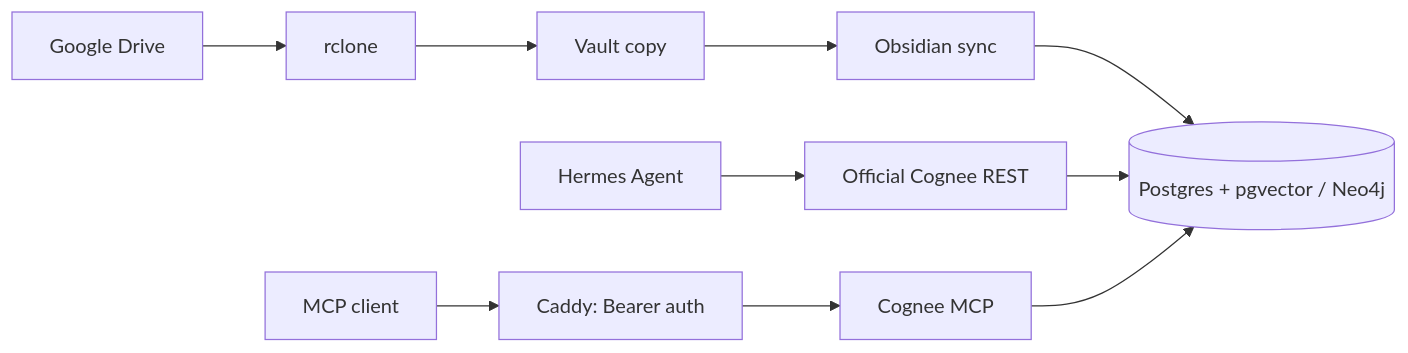
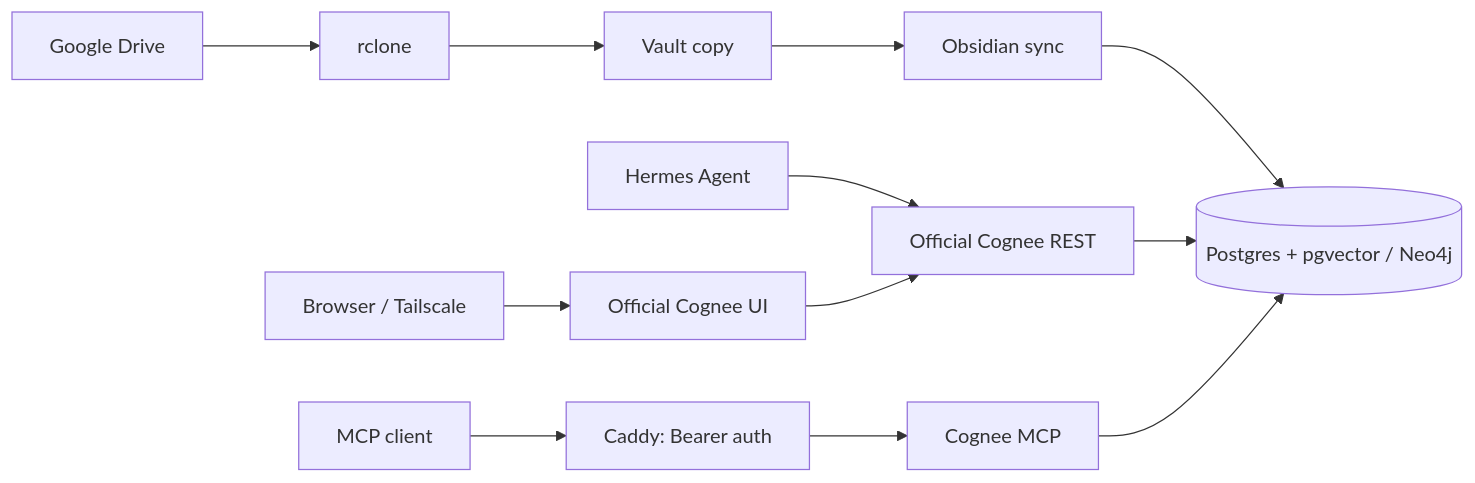
One commit to kangih90/cognee-memory changed the diagram in README.md. Above: the diagram before and after it, drawn with Mermaid. The commit also changed other lines of this file and 9 other files, not shown here.

Commit message:
Add private Tailscale Cognee web UI deployment

````diff
--- a/README.md
+++ b/README.md
@@ -8,9 +8,10 @@
 ```mermaid
 flowchart LR
   Drive[Google Drive] --> Rclone[rclone] --> Vault[Vault copy] --> Sync[Obsidian sync]
   Hermes[Hermes Agent] --> REST[Official Cognee REST]
   Client[MCP client] --> Caddy[Caddy: Bearer auth] --> MCP[Cognee MCP]
   Sync --> DB[(Postgres + pgvector / Neo4j)]
   REST --> DB
+  Browser[Browser / Tailscale] --> UI[Official Cognee UI] --> REST
   MCP --> DB
 ```
````
